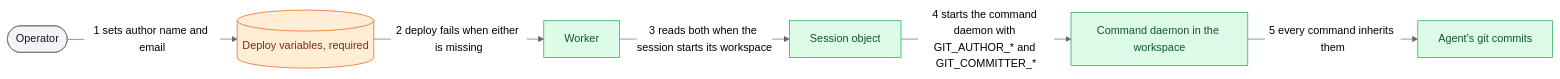
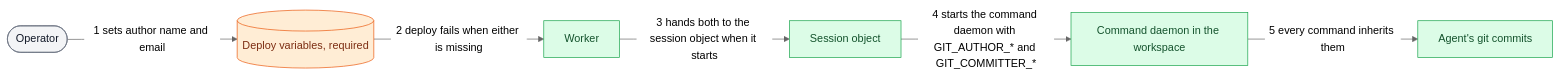
Before and after one commit to asermax/tentacles: the first of 3 diagrams in docs/technical-design/workspace.md, drawn with Mermaid (neutral theme). The commit also changed other lines of this file and 3 other files, not shown here.

````diff
--- a/docs/technical-design/workspace.md
+++ b/docs/technical-design/workspace.md
@@ -32,14 +32,14 @@
 ```mermaid
 flowchart LR
     O(["Operator"]) -->|"1 sets author name and email"| V[("Deploy variables, required")]
     V -->|"2 deploy fails when either is missing"| W["Worker"]
-    W -->|"3 reads both when the session starts its workspace"| S["Session object"]
+    W -->|"3 hands both to the session object when it starts"| S["Session object"]
     S -->|"4 starts the command daemon with GIT_AUTHOR_* and GIT_COMMITTER_*"| D["Command daemon in the workspace"]
     D -->|"5 every command inherits them"| C["Agent's git commits"]
     classDef ext fill:#f3f4f6,stroke:#6b7280,color:#111827
     classDef mod fill:#dcfce7,stroke:#16a34a,color:#14532d
     classDef store fill:#ffedd5,stroke:#ea580c,color:#7c2d12
     class O ext
     class W,S,D,C mod
     class V store
 ```
````
